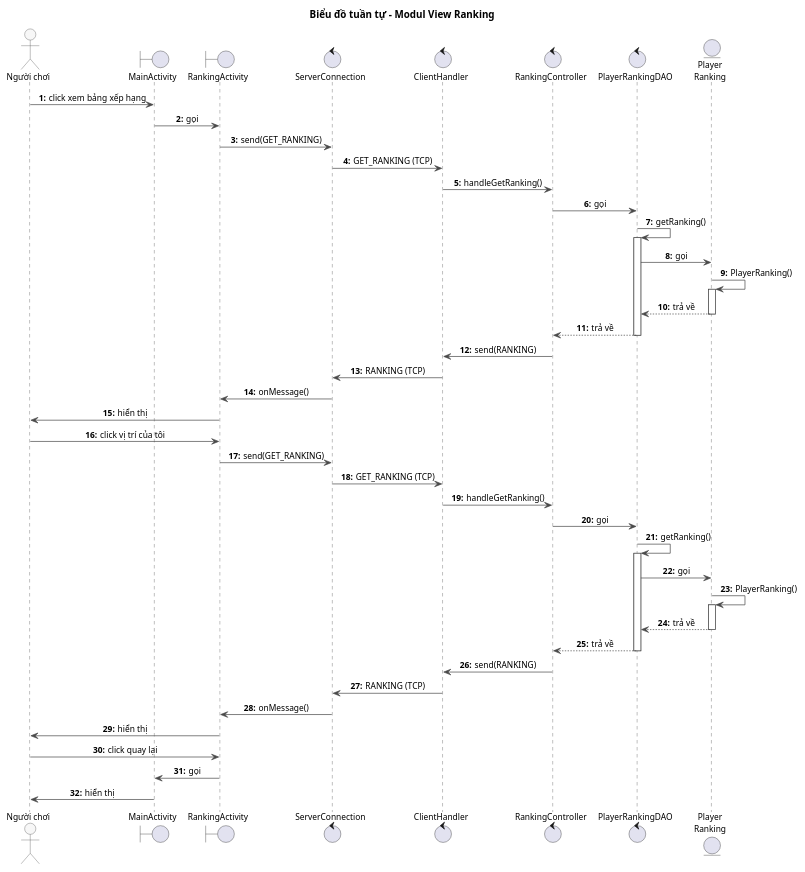
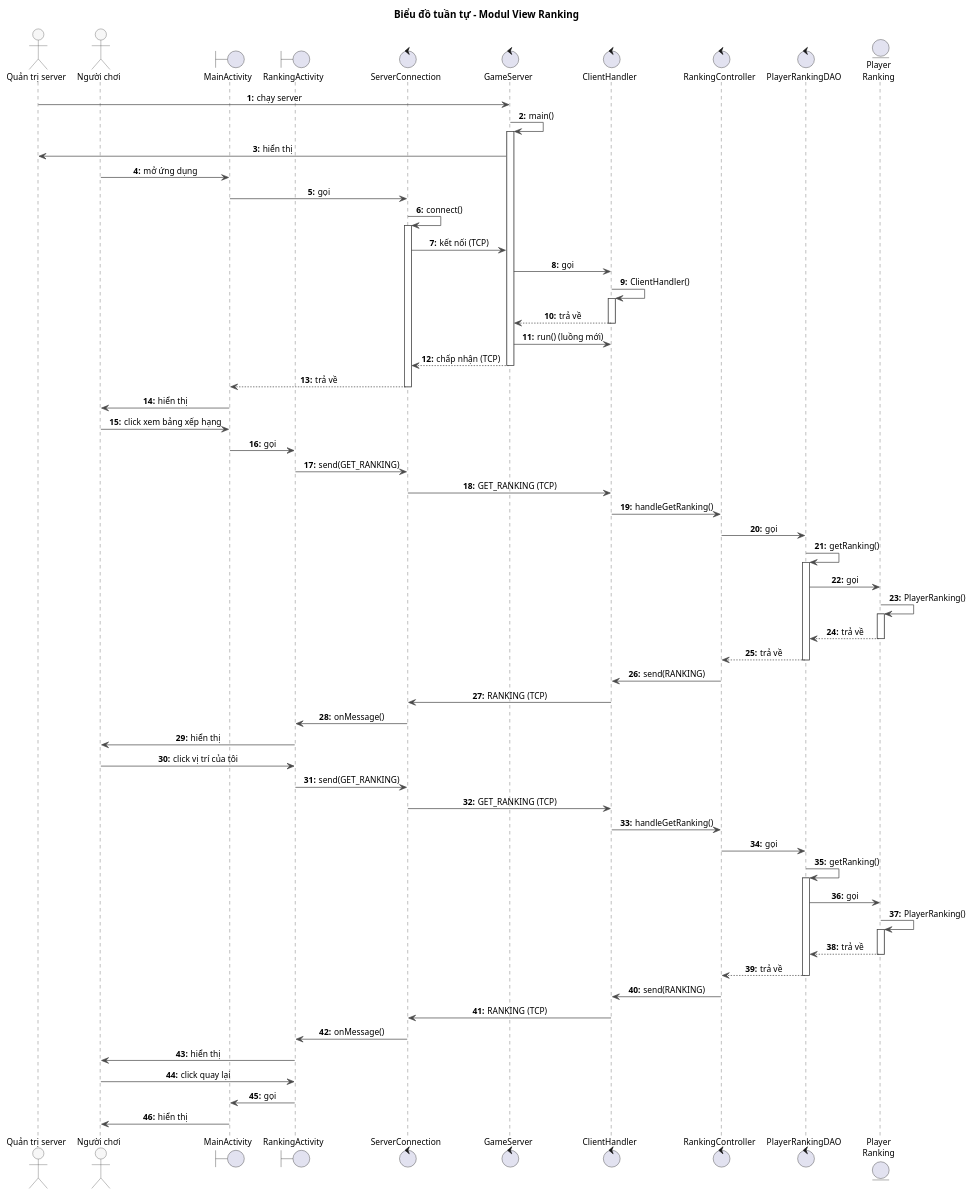
Before and after one commit to VattenL/mobile-pikachu: the diagram in docs/uml/pha3/seq-m2.puml, drawn with PlantUML. The commit also changed 13 other files, not shown here.

First line of the commit message:
docs: draw server start and client connect in the M2 design

```diff
--- a/docs/uml/pha3/seq-m2.puml
+++ b/docs/uml/pha3/seq-m2.puml
@@ -1,67 +1,89 @@
 @startuml seq-m2
 title Biểu đồ tuần tự - Modul View Ranking
 
 skinparam shadowing false
 skinparam defaultFontSize 12
 skinparam sequenceMessageAlign center
 skinparam responseMessageBelowArrow true
 skinparam ArrowColor #4A4A4A
 skinparam sequence {
   LifeLineBorderColor #4A4A4A
   ParticipantBorderColor #4A4A4A
   ParticipantBackgroundColor #F7F7F7
   ActorBorderColor #4A4A4A
   ActorBackgroundColor #F7F7F7
 }
 autonumber "<b>0:"
 
+actor "Quản trị server" as Admin
 actor "Người chơi" as Player
 boundary MainActivity
 boundary RankingActivity
 control ServerConnection
+control GameServer
 control ClientHandler
 control RankingController
 control PlayerRankingDAO
 entity "Player\nRanking" as PlayerRanking
 
+Admin -> GameServer : chạy server
+GameServer -> GameServer : main()
+activate GameServer
+GameServer -> Admin : hiển thị
+Player -> MainActivity : mở ứng dụng
+MainActivity -> ServerConnection : gọi
+ServerConnection -> ServerConnection : connect()
+activate ServerConnection
+ServerConnection -> GameServer : kết nối (TCP)
+GameServer -> ClientHandler : gọi
+ClientHandler -> ClientHandler : ClientHandler()
+activate ClientHandler
+ClientHandler --> GameServer : trả về
+deactivate ClientHandler
+GameServer -> ClientHandler : run() (luồng mới)
+GameServer --> ServerConnection : chấp nhận (TCP)
+deactivate GameServer
+ServerConnection --> MainActivity : trả về
+deactivate ServerConnection
+MainActivity -> Player : hiển thị
 Player -> MainActivity : click xem bảng xếp hạng
 MainActivity -> RankingActivity : gọi
 RankingActivity -> ServerConnection : send(GET_RANKING)
 ServerConnection -> ClientHandler : GET_RANKING (TCP)
 ClientHandler -> RankingController : handleGetRanking()
 RankingController -> PlayerRankingDAO : gọi
 PlayerRankingDAO -> PlayerRankingDAO : getRanking()
 activate PlayerRankingDAO
 PlayerRankingDAO -> PlayerRanking : gọi
 PlayerRanking -> PlayerRanking : PlayerRanking()
 activate PlayerRanking
 PlayerRanking --> PlayerRankingDAO : trả về
 deactivate PlayerRanking
 PlayerRankingDAO --> RankingController : trả về
 deactivate PlayerRankingDAO
 RankingController -> ClientHandler : send(RANKING)
 ClientHandler -> ServerConnection : RANKING (TCP)
 ServerConnection -> RankingActivity : onMessage()
 RankingActivity -> Player : hiển thị
 Player -> RankingActivity : click vị trí của tôi
 RankingActivity -> ServerConnection : send(GET_RANKING)
 ServerConnection -> ClientHandler : GET_RANKING (TCP)
 ClientHandler -> RankingController : handleGetRanking()
 RankingController -> PlayerRankingDAO : gọi
 PlayerRankingDAO -> PlayerRankingDAO : getRanking()
 activate PlayerRankingDAO
 PlayerRankingDAO -> PlayerRanking : gọi
 PlayerRanking -> PlayerRanking : PlayerRanking()
 activate PlayerRanking
 PlayerRanking --> PlayerRankingDAO : trả về
 deactivate PlayerRanking
 PlayerRankingDAO --> RankingController : trả về
 deactivate PlayerRankingDAO
 RankingController -> ClientHandler : send(RANKING)
 ClientHandler -> ServerConnection : RANKING (TCP)
 ServerConnection -> RankingActivity : onMessage()
 RankingActivity -> Player : hiển thị
 Player -> RankingActivity : click quay lại
 RankingActivity -> MainActivity : gọi
 MainActivity -> Player : hiển thị
 @enduml
```
